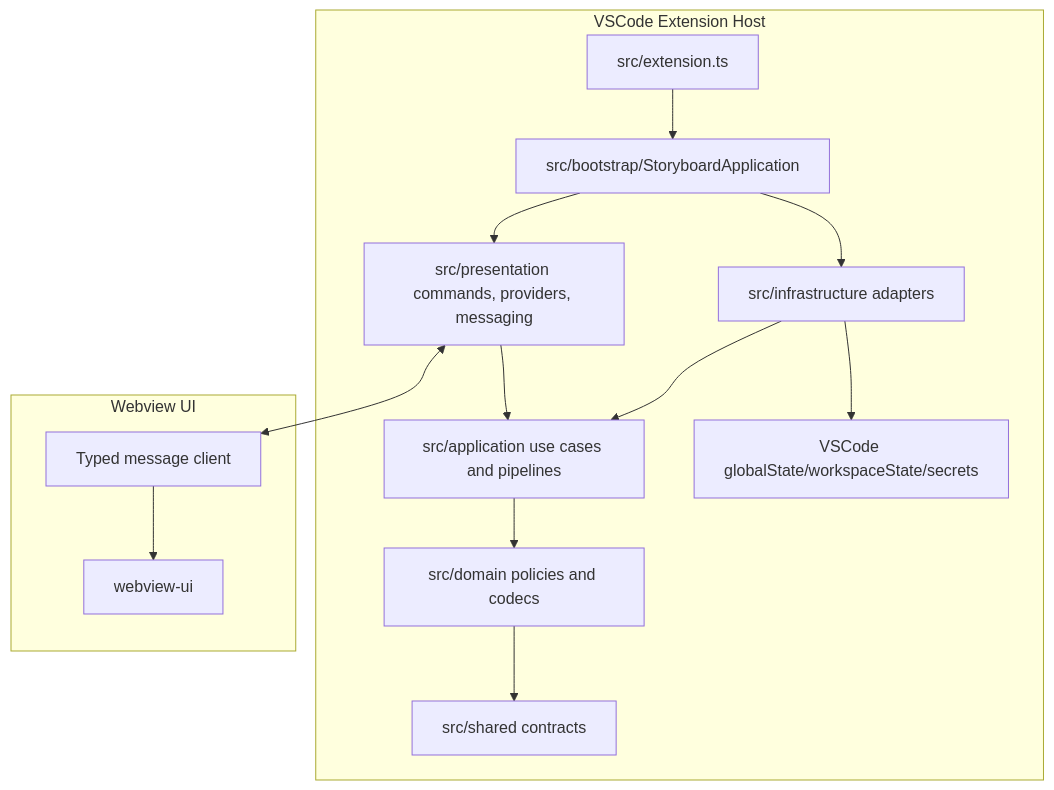
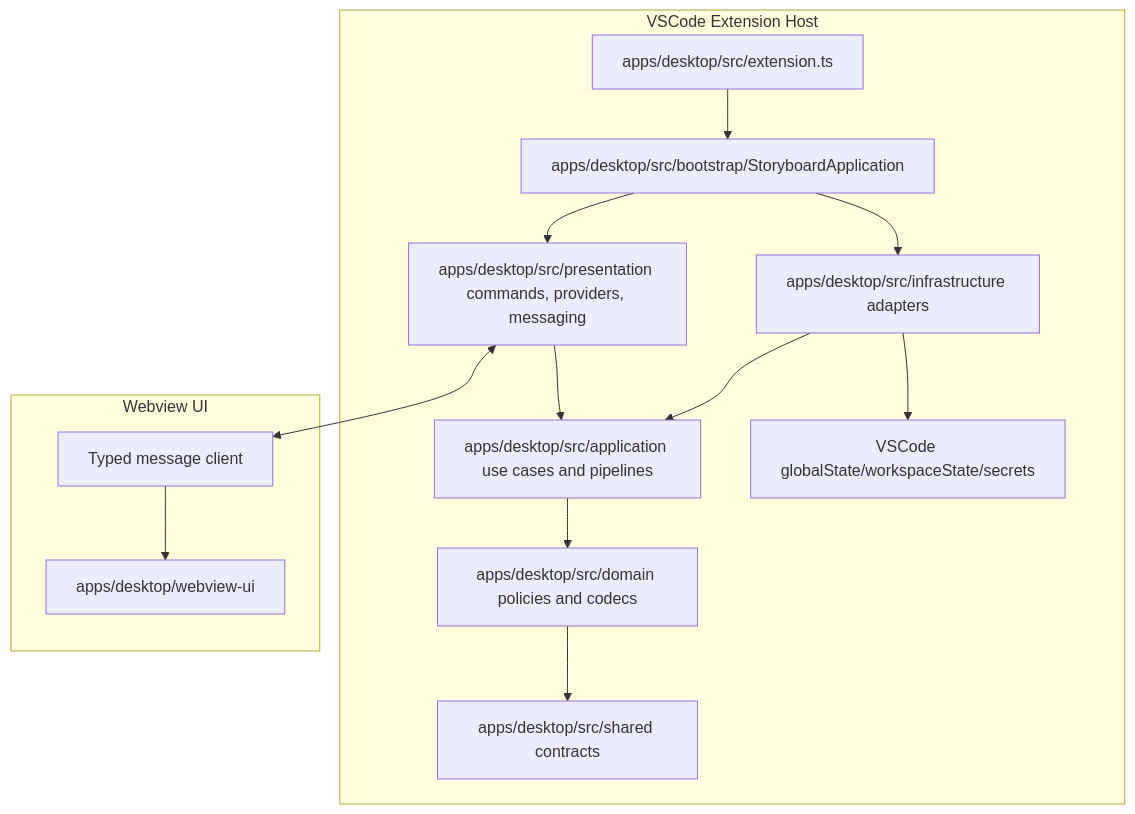
One commit to maroomir/storyboard changed the diagram in .claude/rules/storyboard-overview.md. Above: the diagram before and after it, drawn with Mermaid. The commit also changed other lines of this file and 29 other files, not shown here.

````diff
--- a/.claude/rules/storyboard-overview.md
+++ b/.claude/rules/storyboard-overview.md
@@ -9,29 +11,29 @@
 ```mermaid
 graph TB
     subgraph VSCode[VSCode Extension Host]
-        ExtensionEntry[src/extension.ts]
-        Bootstrap[src/bootstrap/StoryboardApplication]
-        Presentation[src/presentation commands, providers, messaging]
-        Application[src/application use cases and pipelines]
-        Infrastructure[src/infrastructure adapters]
-        Domain[src/domain policies and codecs]
-        Shared[src/shared contracts]
+        ExtensionEntry[apps/desktop/src/extension.ts]
+        Bootstrap[apps/desktop/src/bootstrap/StoryboardApplication]
+        Presentation[apps/desktop/src/presentation commands, providers, messaging]
+        Application[apps/desktop/src/application use cases and pipelines]
+        Infrastructure[apps/desktop/src/infrastructure adapters]
+        Domain[apps/desktop/src/domain policies and codecs]
+        Shared[apps/desktop/src/shared contracts]
         State[VSCode globalState/workspaceState/secrets]
     end
 
     subgraph Webview[Webview UI]
-        App[webview-ui]
+        App[apps/desktop/webview-ui]
         MessageClient[Typed message client]
     end
 
     ExtensionEntry --> Bootstrap
     Bootstrap --> Presentation
     Bootstrap --> Infrastructure
     Presentation --> Application
     Infrastructure --> Application
     Application --> Domain
     Domain --> Shared
     Infrastructure --> State
     Presentation <--> MessageClient
     MessageClient --> App
 ```
````
